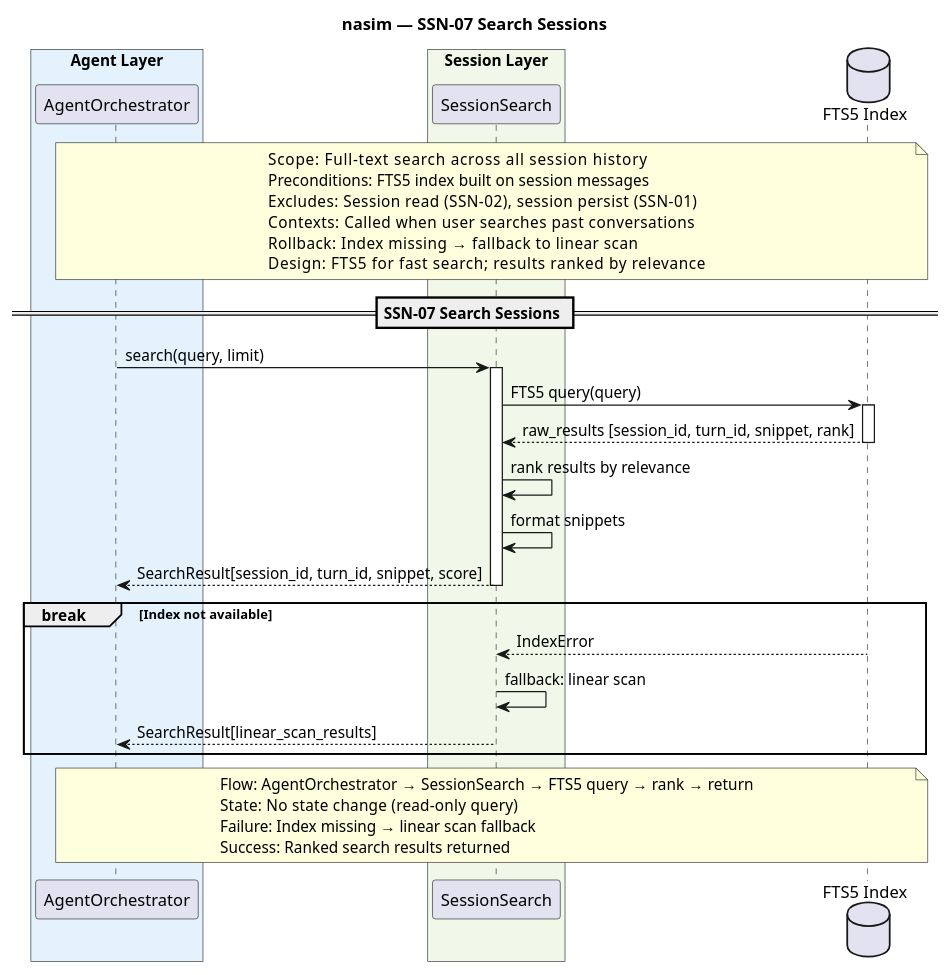
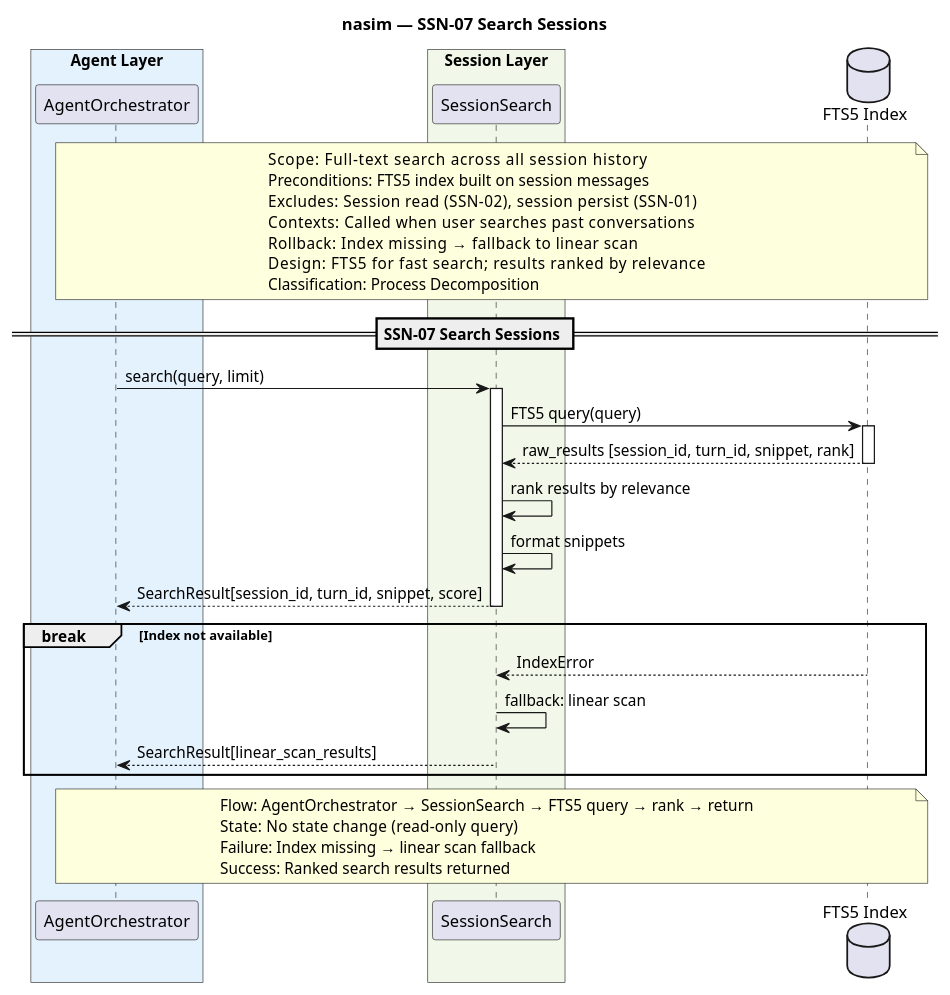
One commit to salimnamvar/nasim changed the diagram in docs/SQ/SSN/sq_ssn07_search_sessions.puml. Above: the diagram before and after it, drawn with PlantUML. The commit also changed 153 other files, not shown here.

```diff
--- a/docs/SQ/SSN/sq_ssn07_search_sessions.puml
+++ b/docs/SQ/SSN/sq_ssn07_search_sessions.puml
@@ -1,60 +1,61 @@
 @startuml sq_ssn07_search_sessions
 ' ============================================================
 ' Title:     SSN-07 — Search Sessions
 ' Boundary:  nasim code agent CLI
 ' Purpose:   Full-text search across session history
 ' Milestone: v1.0
 ' Version:   1.0.0
 ' Source:    docs/UC/README.md
-' Review:    docs/audit/audit.2026.06.20.sq-sm-chain.car.md
+' Review:    docs/SQ/README.md
 ' ============================================================
 
 title nasim — SSN-07 Search Sessions
 
 box "Agent Layer" #E3F2FD
   participant "AgentOrchestrator" as agent
 end box
 box "Session Layer" #F1F8E9
   participant "SessionSearch" as search
 end box
 database "FTS5 Index" as fts
 
 note over agent, fts
   Scope:          Full-text search across all session history
   Preconditions:  FTS5 index built on session messages
   Excludes:       Session read (SSN-02), session persist (SSN-01)
   Contexts:       Called when user searches past conversations
   Rollback:       Index missing → fallback to linear scan
   Design:         FTS5 for fast search; results ranked by relevance
+  Classification: Process Decomposition
 end note
 
 == SSN-07 Search Sessions ==
 
 agent -> search : search(query, limit)
 activate search
 
 search -> fts : FTS5 query(query)
 activate fts
 fts --> search : raw_results [session_id, turn_id, snippet, rank]
 deactivate fts
 
 search -> search : rank results by relevance
 search -> search : format snippets
 
 search --> agent : SearchResult[session_id, turn_id, snippet, score]
 deactivate search
 
 break Index not available
     fts --> search : IndexError
     search -> search : fallback: linear scan
     search --> agent : SearchResult[linear_scan_results]
 end
 
 note over agent, fts
   Flow:    AgentOrchestrator → SessionSearch → FTS5 query → rank → return
   State:   No state change (read-only query)
   Failure: Index missing → linear scan fallback
   Success: Ranked search results returned
 end note
 
 @enduml
```
